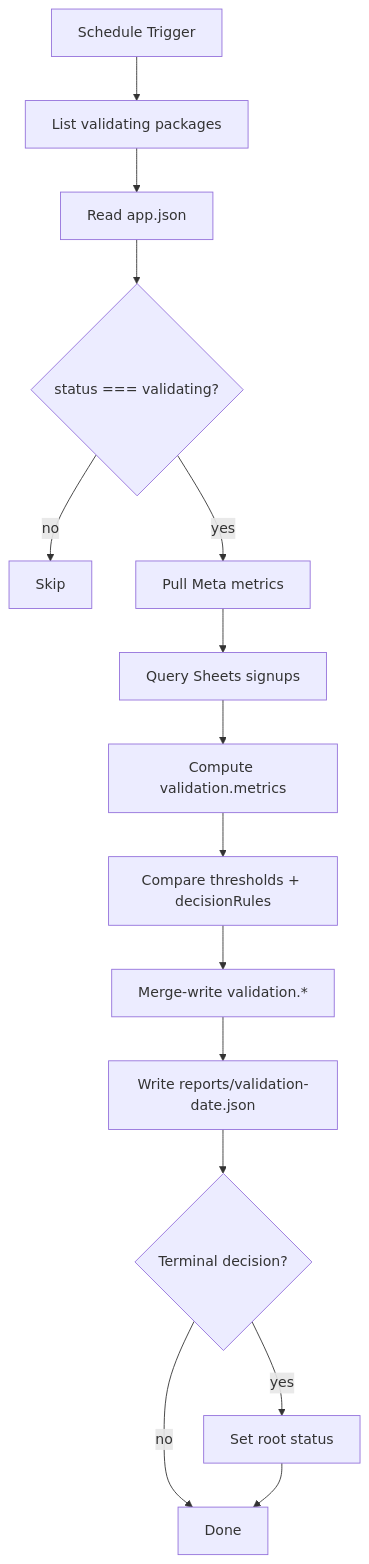
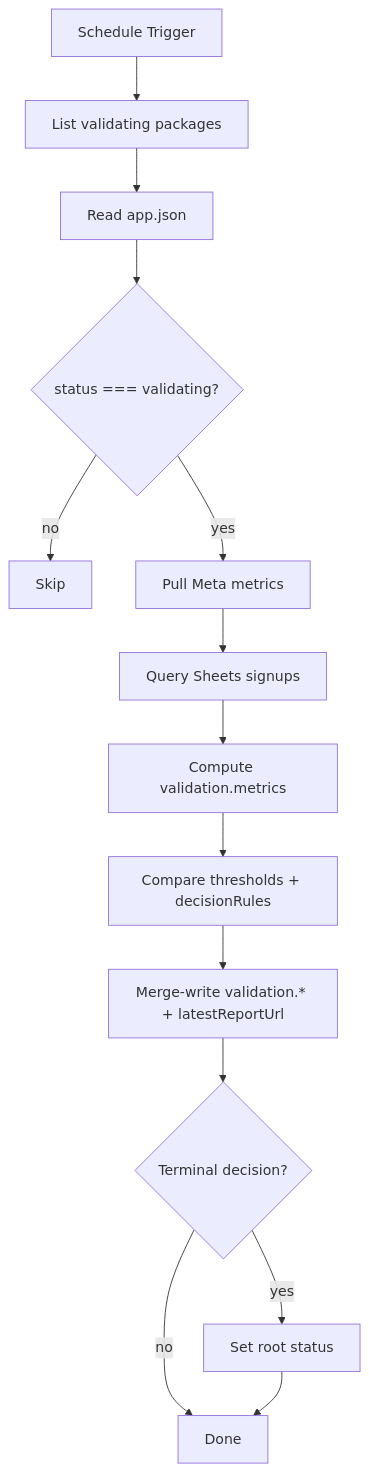
One commit to scootero/App-Validation-System changed the first of 2 diagrams in n8n-workflows/WF-DECISION-MONITORING-PIPELINE-BLUEPRINT.md. Above: the diagram before and after it, drawn with Mermaid. The commit also changed other lines of this file and 12 other files, not shown here.

````diff
--- a/n8n-workflows/WF-DECISION-MONITORING-PIPELINE-BLUEPRINT.md
+++ b/n8n-workflows/WF-DECISION-MONITORING-PIPELINE-BLUEPRINT.md
@@ -68,17 +72,16 @@
 ```mermaid
 flowchart TD
   SCH[Schedule Trigger] --> LIST[List validating packages]
   LIST --> R[Read app.json]
   R --> G{status === validating?}
   G -->|no| SKIP[Skip]
   G -->|yes| META[Pull Meta metrics]
   META --> SHEETS[Query Sheets signups]
   SHEETS --> CALC[Compute validation.metrics]
   CALC --> CMP[Compare thresholds + decisionRules]
-  CMP --> WB[Merge-write validation.*]
-  WB --> REP[Write reports/validation-date.json]
-  REP --> STAT{Terminal decision?}
+  CMP --> WB[Merge-write validation.* + latestReportUrl]
+  WB --> STAT{Terminal decision?}
   STAT -->|yes| STATUS[Set root status]
   STAT -->|no| DONE[Done]
   STATUS --> DONE
 ```
````
